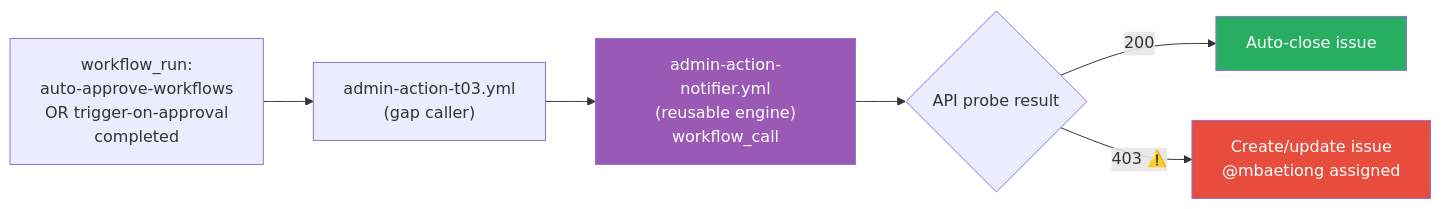
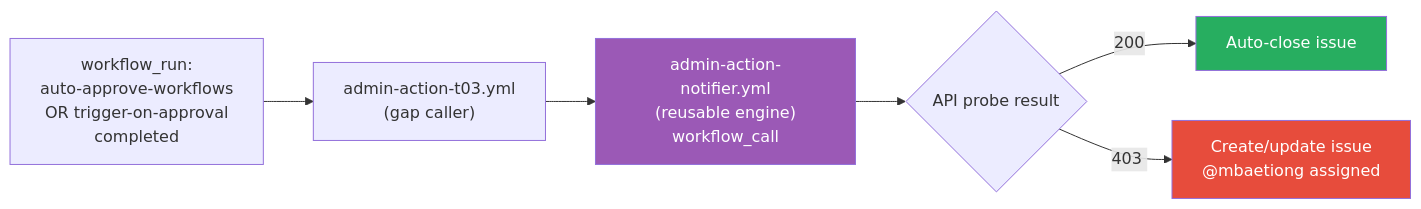
The first of 9 diagrams in docs/roadmap/PR4346_whats_next.md (Aries-Serpent/_codex_), drawn with Mermaid before and after one commit. The commit also changed other lines of this file and 1989 other files, not shown here.

````diff
--- a/docs/roadmap/PR4346_whats_next.md
+++ b/docs/roadmap/PR4346_whats_next.md
@@ -117,13 +117,13 @@
 ```mermaid
 %%{init: {'accessibility': {'title': 'Flowchart showing "workflow_run:\nauto-approve-workflows\nOR trigger-on-approval\ncompleted", "admin-action-t03.yml\n(gap caller)"'}}%%
 flowchart LR
     TRIGGER["workflow_run:\nauto-approve-workflows\nOR trigger-on-approval\ncompleted"] --> CALLER
     CALLER["admin-action-t03.yml\n(gap caller)"] --> ENGINE
     ENGINE["admin-action-notifier.yml\n(reusable engine)\nworkflow_call"] --> PROBE
     PROBE{API probe result}
     PROBE -- "200 " --> CLOSE["Auto-close issue"]
-    PROBE -- "403 ⚠️" --> OPEN["Create/update issue\n@mbaetiong assigned"]
+    PROBE -- "403 ️" --> OPEN["Create/update issue\n@mbaetiong assigned"]
     style ENGINE fill:#9b59b6,color:#fff
     style CLOSE fill:#27ae60,color:#fff
     style OPEN fill:#e74c3c,color:#fff
 ```
````
